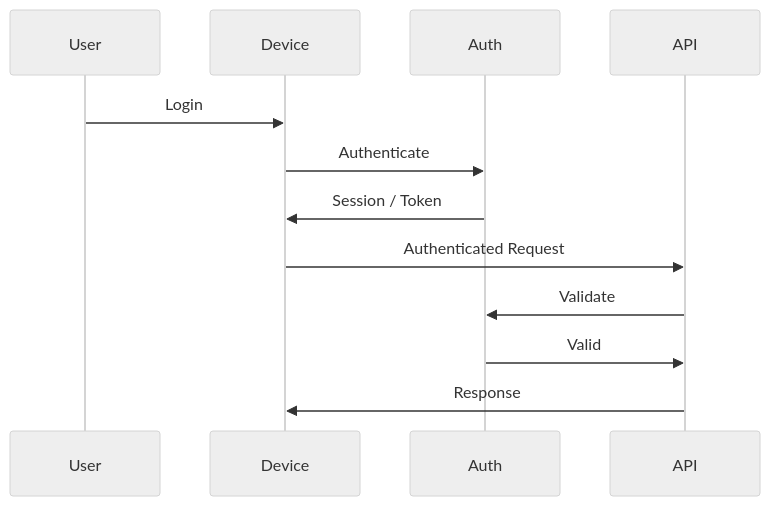
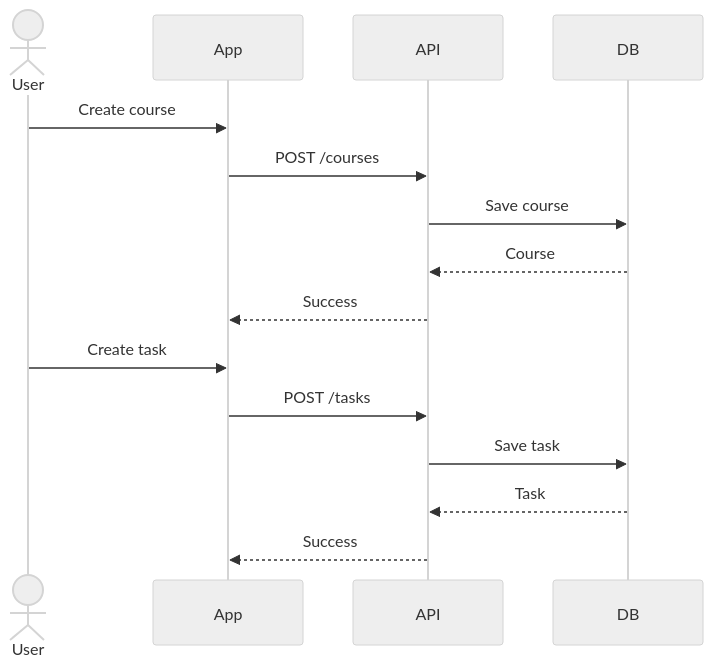
The fourth of 19 diagrams in docs/roadmap.md (Alexsilvin/personal-productivity-system), drawn with Mermaid (neutral theme) before and after one commit. The commit also changed other lines of this file and 1 other file, not shown here.

````diff
--- a/docs/roadmap.md
+++ b/docs/roadmap.md
@@ -354,16 +312,19 @@
-```mermaid id="v8h8x0"
+```mermaid
 sequenceDiagram
+    actor User
+    participant App
+    participant API
+    participant DB
 
-    participant U as User
-    participant D as Device
-    participant A as Auth
-    participant API as API
+    User->>App: Create course
+    App->>API: POST /courses
+    API->>DB: Save course
+    DB-->>API: Course
+    API-->>App: Success
 
-    U->>D: Login
-    D->>A: Authenticate
-    A->>D: Session / Token
-    D->>API: Authenticated Request
-    API->>A: Validate
-    A->>API: Valid
-    API->>D: Response
+    User->>App: Create task
+    App->>API: POST /tasks
+    API->>DB: Save task
+    DB-->>API: Task
+    API-->>App: Success
 ```
````
